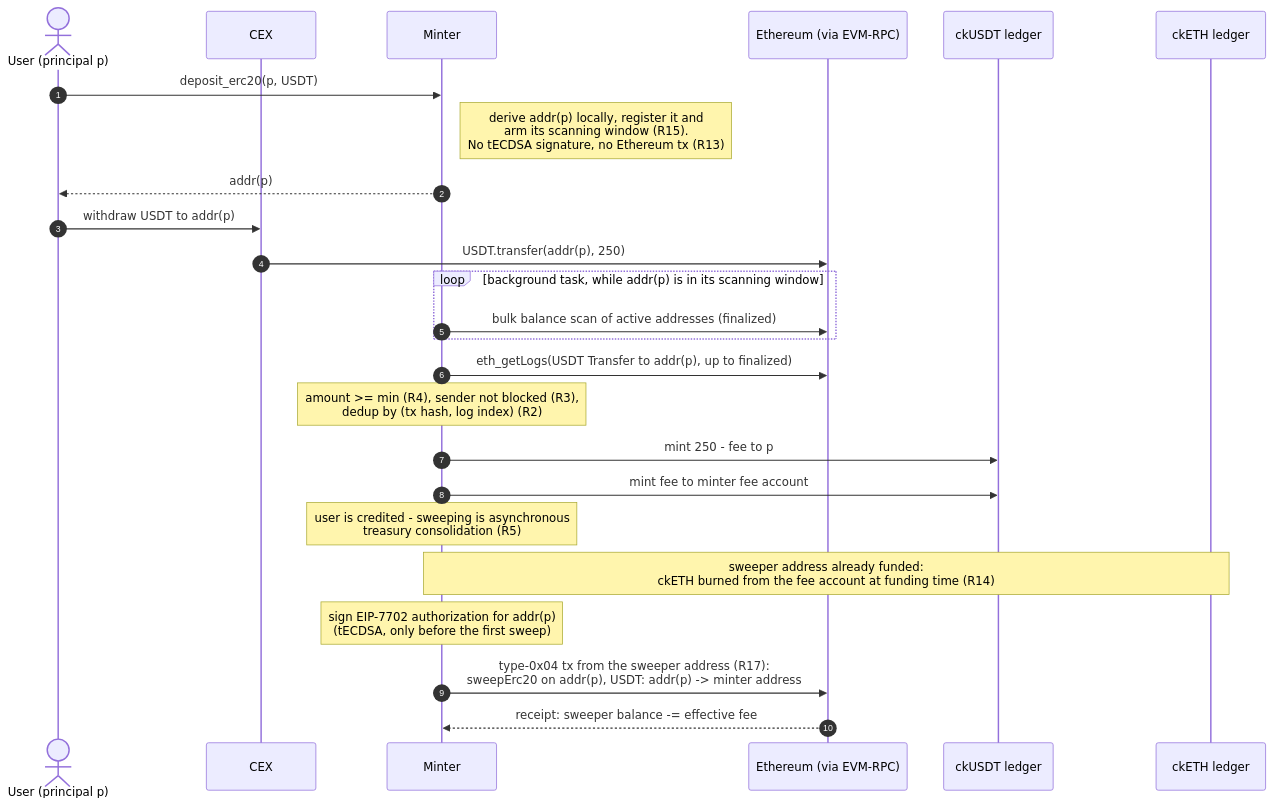
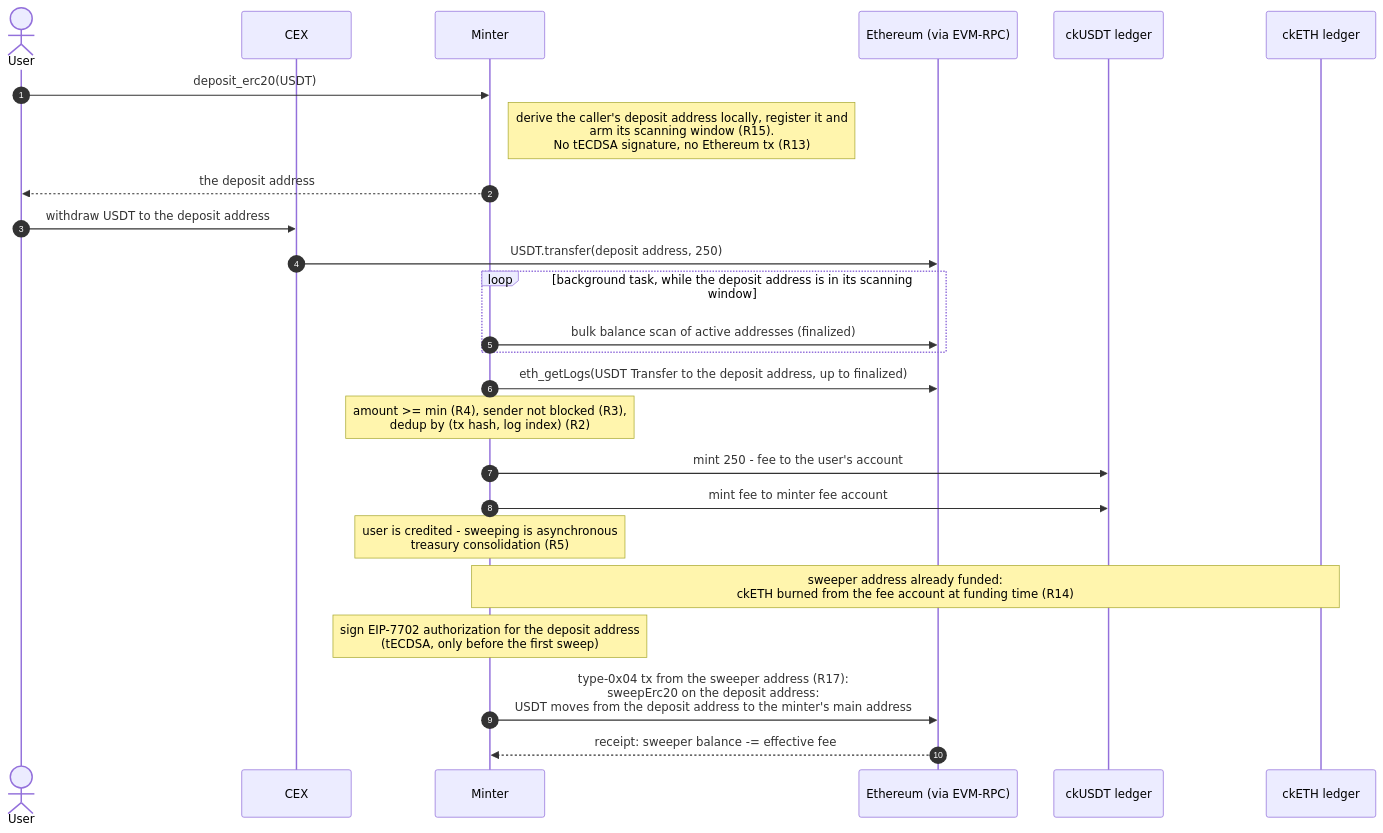
Before and after one commit to dfinity/ic: the sixth of 6 diagrams in rs/ethereum/cketh/docs/deposit_from_cex.md, drawn with Mermaid. The commit also changed other lines of this file, not shown here.

First line of the commit message:
docs(cketh): spell out abbreviated names in the remaining diagrams

````diff
--- a/rs/ethereum/cketh/docs/deposit_from_cex.md
+++ b/rs/ethereum/cketh/docs/deposit_from_cex.md
@@ -1464,28 +1467,28 @@
 ```mermaid
 sequenceDiagram
     autonumber
-    actor User as User (principal p)
+    actor User
     participant CEX
     participant Minter
     participant Eth as Ethereum (via EVM-RPC)
     participant CkUsdtLedger as ckUSDT ledger
     participant CkEthLedger as ckETH ledger
 
-    User->>Minter: deposit_erc20(p, USDT)
-    Note right of Minter: derive addr(p) locally, register it and<br/>arm its scanning window (R15).<br/>No tECDSA signature, no Ethereum tx (R13)
-    Minter-->>User: addr(p)
-    User->>CEX: withdraw USDT to addr(p)
-    CEX->>Eth: USDT.transfer(addr(p), 250)
-    loop background task, while addr(p) is in its scanning window
+    User->>Minter: deposit_erc20(USDT)
+    Note right of Minter: derive the caller's deposit address locally, register it and<br/>arm its scanning window (R15).<br/>No tECDSA signature, no Ethereum tx (R13)
+    Minter-->>User: the deposit address
+    User->>CEX: withdraw USDT to the deposit address
+    CEX->>Eth: USDT.transfer(deposit address, 250)
+    loop background task, while the deposit address is in its scanning window
         Minter->>Eth: bulk balance scan of active addresses (finalized)
     end
-    Minter->>Eth: eth_getLogs(USDT Transfer to addr(p), up to finalized)
+    Minter->>Eth: eth_getLogs(USDT Transfer to the deposit address, up to finalized)
     Note over Minter: amount >= min (R4), sender not blocked (R3),<br/>dedup by (tx hash, log index) (R2)
-    Minter->>CkUsdtLedger: mint 250 - fee to p
+    Minter->>CkUsdtLedger: mint 250 - fee to the user's account
     Minter->>CkUsdtLedger: mint fee to minter fee account
     Note over Minter: user is credited - sweeping is asynchronous<br/>treasury consolidation (R5)
     Note over Minter,CkEthLedger: sweeper address already funded:<br/>ckETH burned from the fee account at funding time (R14)
-    Note over Minter: sign EIP-7702 authorization for addr(p)<br/>(tECDSA, only before the first sweep)
-    Minter->>Eth: type-0x04 tx from the sweeper address (R17):<br/>sweepErc20 on addr(p), USDT: addr(p) -> minter address
+    Note over Minter: sign EIP-7702 authorization for the deposit address<br/>(tECDSA, only before the first sweep)
+    Minter->>Eth: type-0x04 tx from the sweeper address (R17):<br/>sweepErc20 on the deposit address:<br/>USDT moves from the deposit address to the minter's main address
     Eth-->>Minter: receipt: sweeper balance -= effective fee
 ```
````
